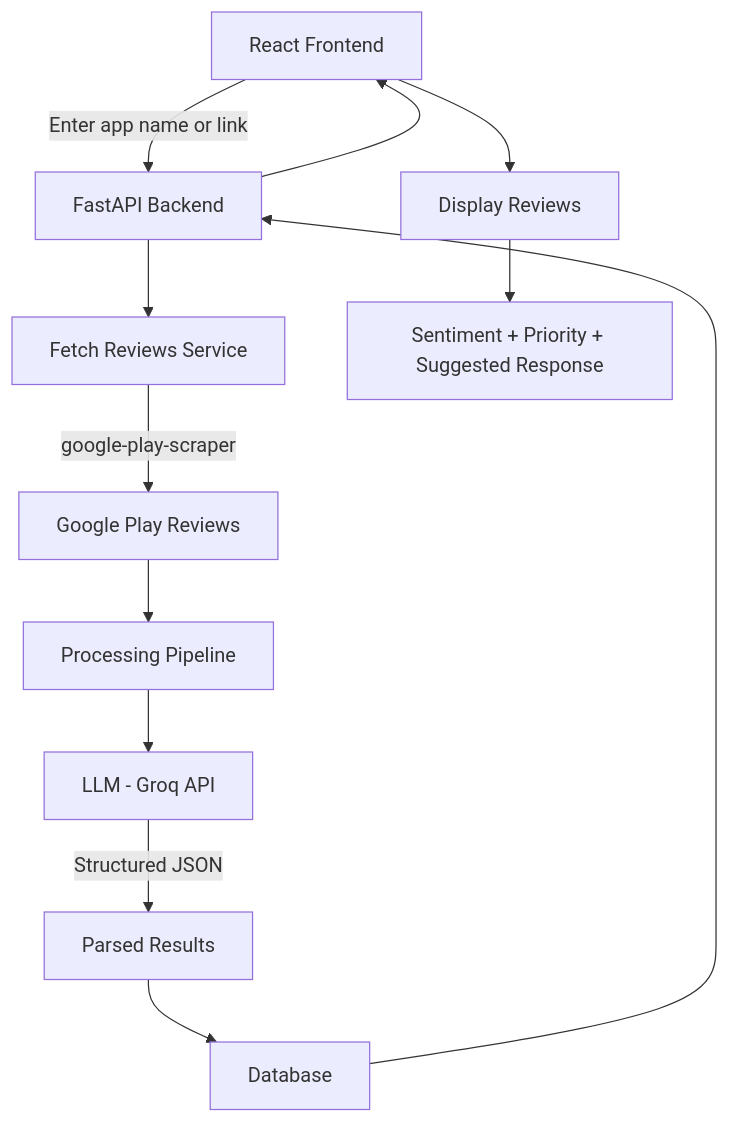
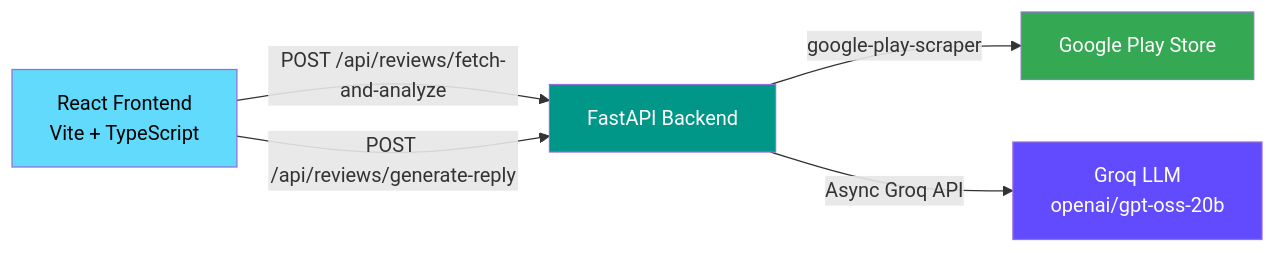
One commit to kevin-weitgenant/google-play-review-analyzer changed the diagram in README.md. Above: the diagram before and after it, drawn with Mermaid. The commit also changed other lines of this file, not shown here.

Commit message:
feat: Add comprehensive README.md for Google Play Review Analyzer, detailing architecture, usage, and tech stack

````diff
--- a/README.md
+++ b/README.md
@@ -14,20 +11,12 @@
-``` mermaid
-flowchart TD
+```mermaid
+graph LR
+    A[React Frontend<br/>Vite + TypeScript] -->|POST /api/reviews/fetch-and-analyze| B[FastAPI Backend]
+    A -->|POST /api/reviews/generate-reply| B
+    B -->|google-play-scraper| C[Google Play Store]
+    B -->|Async Groq API| D[Groq LLM<br/>openai/gpt-oss-20b]
 
-A[React Frontend] -->|Enter app name or link| B[FastAPI Backend]
-
-B --> C[Fetch Reviews Service]
-C -->|google-play-scraper| D[Google Play Reviews]
-
-D --> E[Processing Pipeline]
-E --> F[LLM - Groq API]
-
-F -->|Structured JSON| G[Parsed Results]
-G --> H[Database]
-
-H --> B
-B --> A
-
-A --> I[Display Reviews]
-I --> J[Sentiment + Priority + Suggested Response]
+    style A fill:#61DAFB,color:#000
+    style B fill:#009688,color:#fff
+    style C fill:#34A853,color:#fff
+    style D fill:#624BFF,color:#fff
 ```
````
